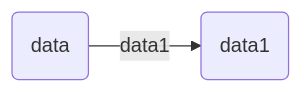
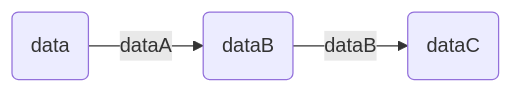
The diagram in function/函数组合.md (yoyoyohamapi/books-underscore-analysis), drawn with Mermaid before and after one commit.

```diff
--- a/function/函数组合.md
+++ b/function/函数组合.md
@@ -10,4 +10,4 @@
 {% mermaid %}
 graph LR;
-funcA(data)-->|data1|B(data1)
+funcA(data)-->|dataA|funcB(dataB)-->|dataB|funcC(dataC)
 {% endmermaid %}
```
